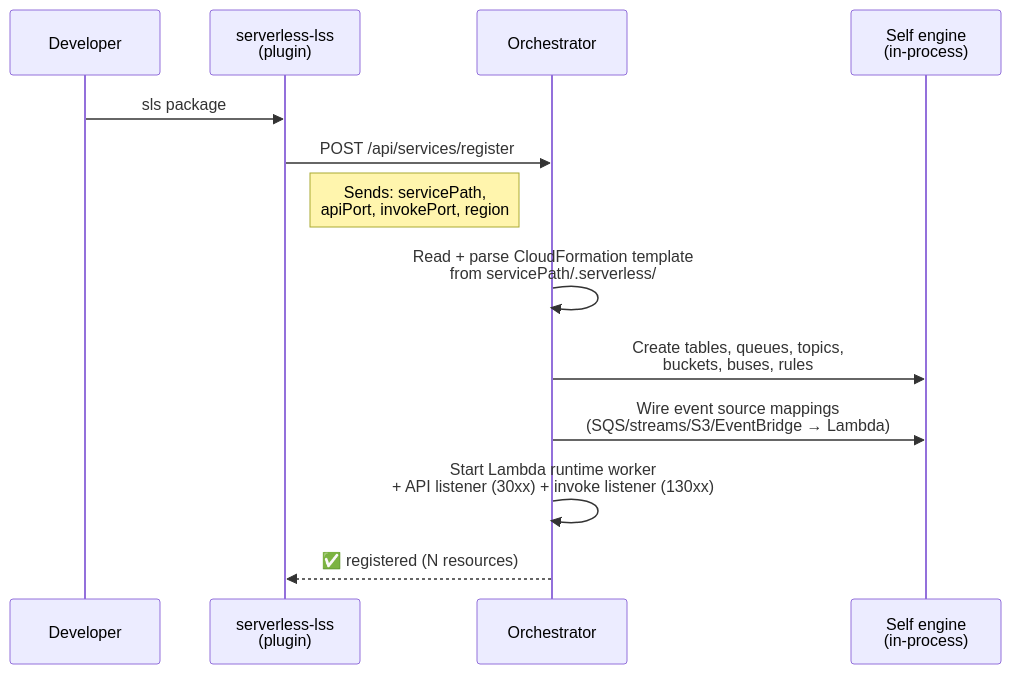
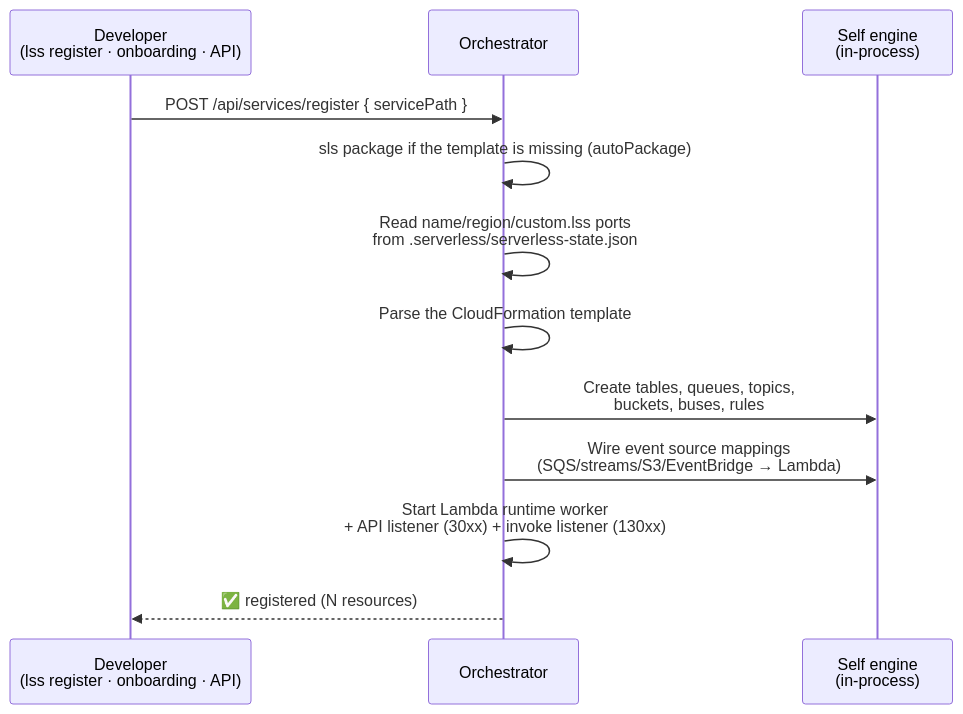
The third of 4 diagrams in README.md (Viserion77/local-serverless-stack), drawn with Mermaid before and after one commit. The commit also changed other lines of this file and 76 other files, not shown here.

First line of the commit message:
refactor: remove serverless-lss plugin references and update service registration

````diff
--- a/README.md
+++ b/README.md
@@ -321,16 +321,15 @@
 ```mermaid
 sequenceDiagram
-    participant Dev as Developer
-    participant Plugin as serverless-lss<br/>(plugin)
+    participant Dev as Developer<br/>(lss register · onboarding · API)
     participant Orch as Orchestrator
     participant Eng as Self engine<br/>(in-process)
 
-    Dev->>Plugin: sls package
-    Plugin->>Orch: POST /api/services/register
-    Note right of Plugin: Sends: servicePath,<br/>apiPort, invokePort, region
-    Orch->>Orch: Read + parse CloudFormation template<br/>from servicePath/.serverless/
+    Dev->>Orch: POST /api/services/register { servicePath }
+    Orch->>Orch: sls package if the template is missing (autoPackage)
+    Orch->>Orch: Read name/region/custom.lss ports<br/>from .serverless/serverless-state.json
+    Orch->>Orch: Parse the CloudFormation template
     Orch->>Eng: Create tables, queues, topics,<br/>buckets, buses, rules
     Orch->>Eng: Wire event source mappings<br/>(SQS/streams/S3/EventBridge → Lambda)
     Orch->>Orch: Start Lambda runtime worker<br/>+ API listener (30xx) + invoke listener (130xx)
-    Orch-->>Plugin: ✅ registered (N resources)
+    Orch-->>Dev: ✅ registered (N resources)
 ```
````
